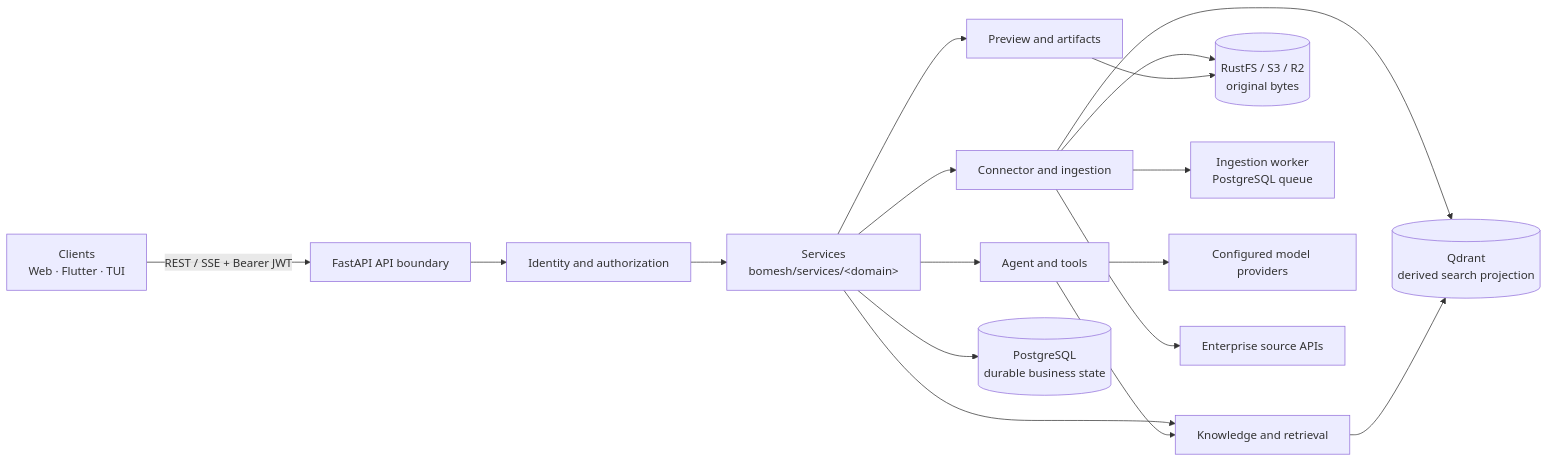
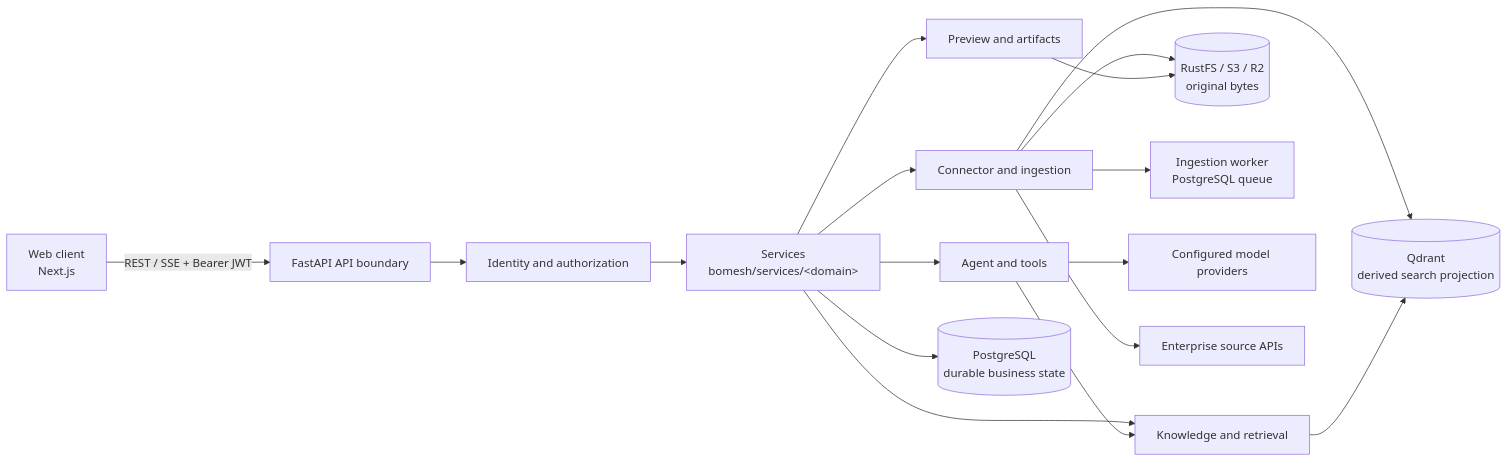
Before and after one commit to NguyenDuy1910/BoMesh: the first of 3 diagrams in docs/architecture-overview.md, drawn with Mermaid. The commit also changed other lines of this file and 29 other files, not shown here.

````diff
--- a/docs/architecture-overview.md
+++ b/docs/architecture-overview.md
@@ -52,21 +51,21 @@
 ```mermaid
 flowchart LR
-    C["Clients<br/>Web · Flutter · TUI"] -->|"REST / SSE + Bearer JWT"| API["FastAPI API boundary"]
+    C["Web client<br/>Next.js"] -->|"REST / SSE + Bearer JWT"| API["FastAPI API boundary"]
     API --> AUTH["Identity and authorization"]
     AUTH --> SVC["Services<br/>bomesh/services/&lt;domain&gt;"]
 
     SVC --> KN["Knowledge and retrieval"]
     SVC --> ING["Connector and ingestion"]
     SVC --> AG["Agent and tools"]
     SVC --> PRE["Preview and artifacts"]
 
     SVC --> PG[("PostgreSQL<br/>durable business state")]
     ING --> OBJ[("RustFS / S3 / R2<br/>original bytes")]
     PRE --> OBJ
     ING --> WRK["Ingestion worker<br/>PostgreSQL queue"]
     ING --> QD[("Qdrant<br/>derived search projection")]
     KN --> QD
     AG --> KN
     AG --> MODEL["Configured model providers"]
     ING --> SRC["Enterprise source APIs"]
 ```
````
